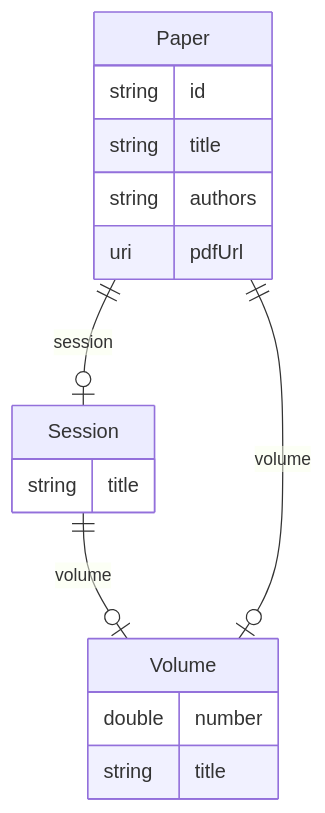
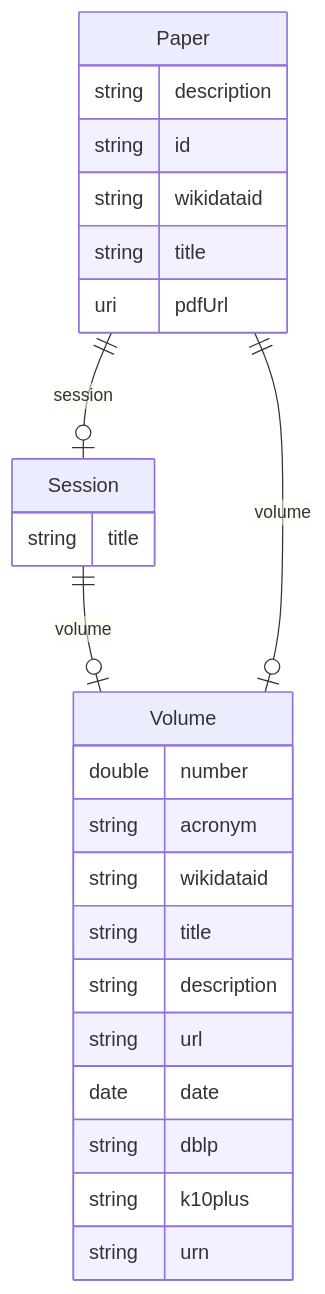
One commit to WolfgangFahl/pyMetaModel changed the diagram in examples/ceur-ws/ceur-ws.mermaid. Above: the diagram before and after it, drawn with Mermaid. The commit also changed 16 other files, not shown here.

````diff
--- a/examples/ceur-ws/ceur-ws.mermaid
+++ b/examples/ceur-ws/ceur-ws.mermaid
@@ -1,21 +1,30 @@
 ```mermaid
 erDiagram
 Volume {
     double number  
+    string acronym  
+    string wikidataid  
     string title  
+    string description  
+    string url  
+    date date  
+    string dblp  
+    string k10plus  
+    string urn  
 }
 Session {
     string title  
 }
 Paper {
+    string description  
     string id  
+    string wikidataid  
     string title  
-    string authors  
     uri pdfUrl  
 }
 
 Session ||--|o Volume : "volume"
 Paper ||--|o Volume : "volume"
 Paper ||--|o Session : "session"
 
 ```
````
